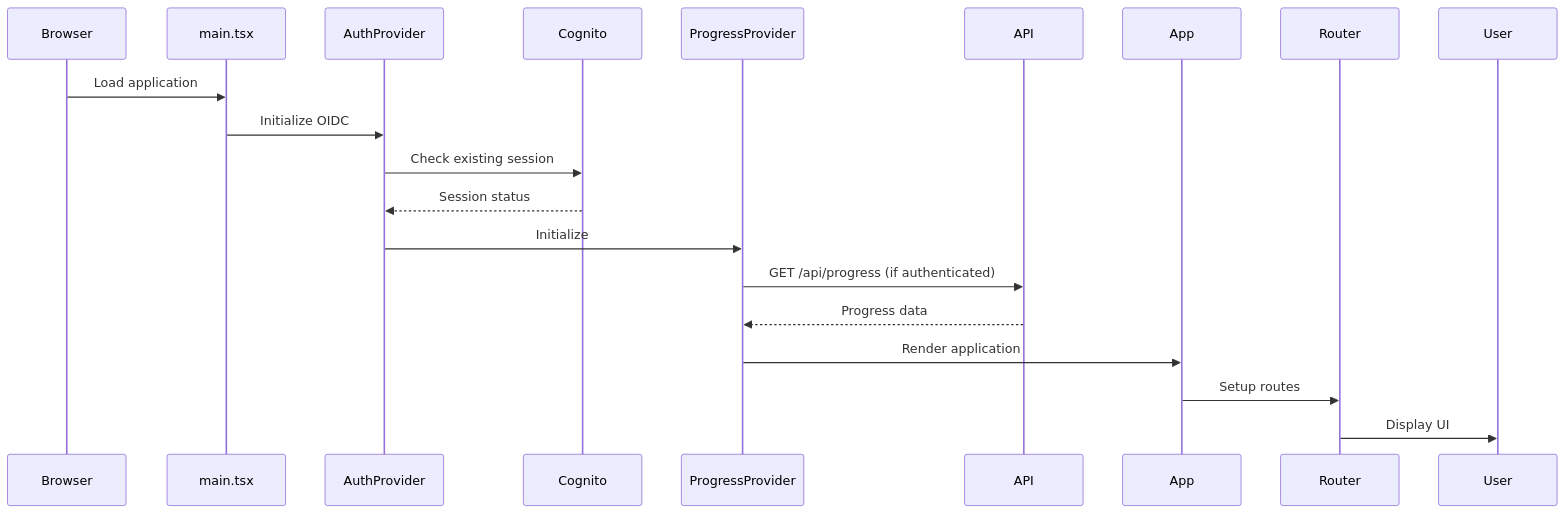
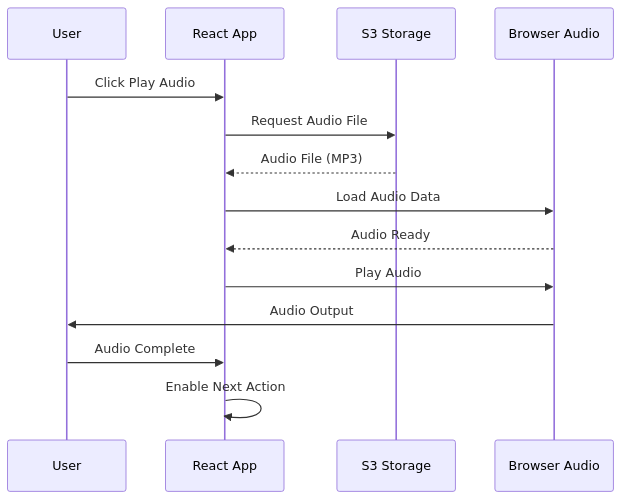
One commit to getOffIt/spellingWebsite changed the tenth of 15 diagrams in .sop/summary/workflows.md. Above: the diagram before and after it, drawn with Mermaid. The commit also changed other lines of this file and 17 other files, not shown here.

````diff
--- a/.sop/summary/workflows.md
+++ b/.sop/summary/workflows.md
@@ -128,13 +235,17 @@
 ```mermaid
 sequenceDiagram
-    Browser->>main.tsx: Load application
-    main.tsx->>AuthProvider: Initialize OIDC
-    AuthProvider->>Cognito: Check existing session
-    Cognito-->>AuthProvider: Session status
-    AuthProvider->>ProgressProvider: Initialize
-    ProgressProvider->>API: GET /api/progress (if authenticated)
-    API-->>ProgressProvider: Progress data
-    ProgressProvider->>App: Render application
-    App->>Router: Setup routes
-    Router->>User: Display UI
+    participant U as User
+    participant R as React App
+    participant S as S3 Storage
+    participant B as Browser Audio
+    
+    U->>R: Click Play Audio
+    R->>S: Request Audio File
+    S-->>R: Audio File (MP3)
+    R->>B: Load Audio Data
+    B-->>R: Audio Ready
+    R->>B: Play Audio
+    B->>U: Audio Output
+    U->>R: Audio Complete
+    R->>R: Enable Next Action
 ```
````
